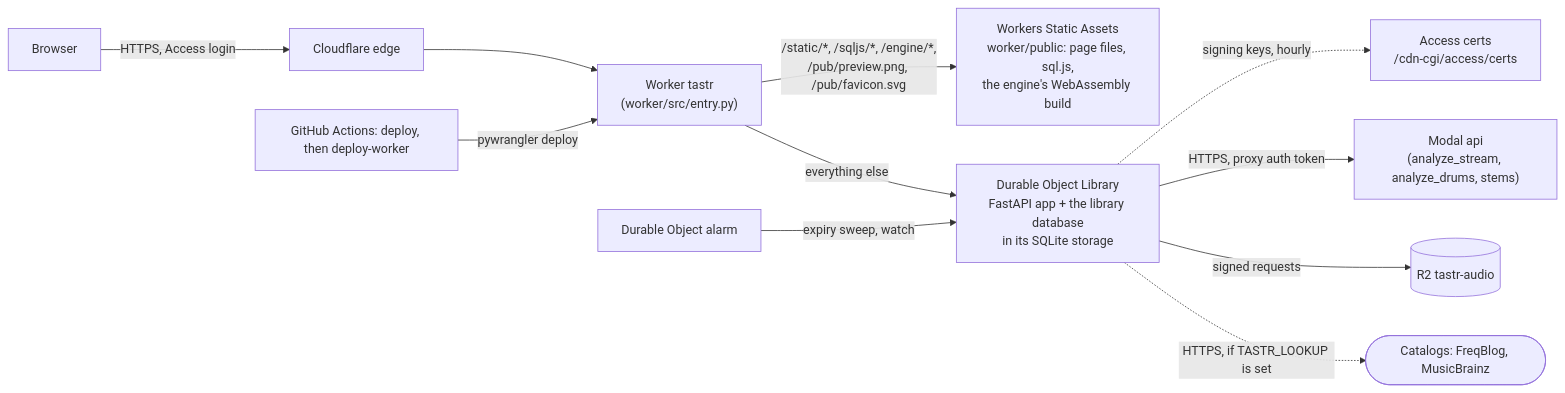
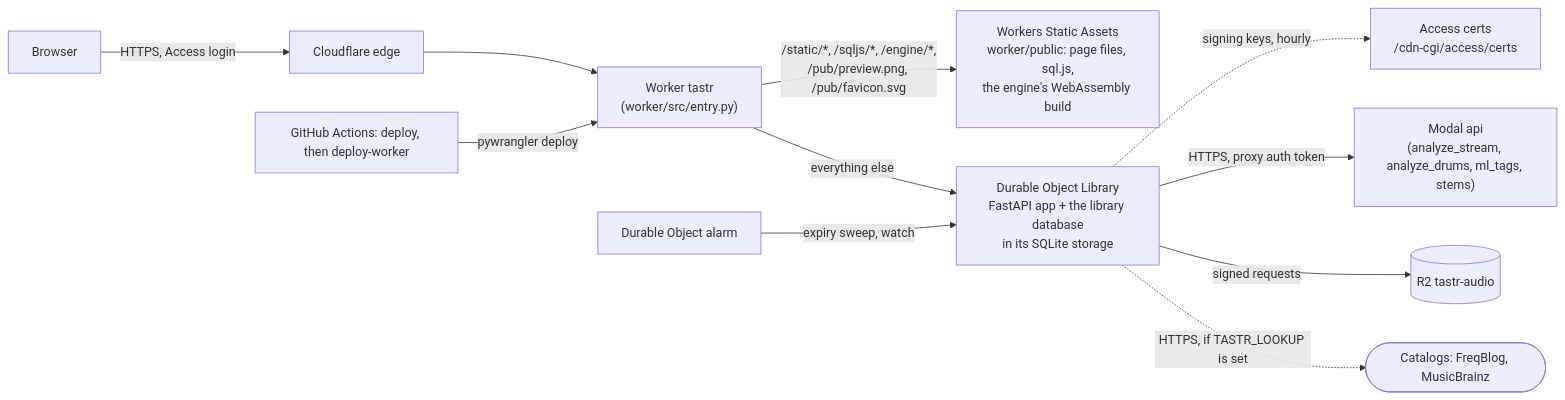
The third of 3 diagrams in docs/hosting-map.md (pocketIlmatto/tastr), drawn with Mermaid before and after one commit. The commit also changed other lines of this file and 22 other files, not shown here.

````diff
--- a/docs/hosting-map.md
+++ b/docs/hosting-map.md
@@ -311,13 +319,13 @@
 ```mermaid
 flowchart LR
     B[Browser] -->|HTTPS, Access login| CF[Cloudflare edge]
     CF --> W["Worker tastr<br/>(worker/src/entry.py)"]
     W -->|"/static/*, /sqljs/*, /engine/*,<br/>/pub/preview.png, /pub/favicon.svg"| SA["Workers Static Assets<br/>worker/public: page files, sql.js,<br/>the engine's WebAssembly build"]
     W -->|everything else| DO["Durable Object Library<br/>FastAPI app + the library database<br/>in its SQLite storage"]
     DO -.->|signing keys, hourly| AK[Access certs<br/>/cdn-cgi/access/certs]
     AL[Durable Object alarm] -->|expiry sweep, watch| DO
     GHD[GitHub Actions: deploy, then deploy-worker] -->|pywrangler deploy| W
-    DO -->|HTTPS, proxy auth token| MA["Modal api<br/>(analyze_stream, analyze_drums, stems)"]
+    DO -->|HTTPS, proxy auth token| MA["Modal api<br/>(analyze_stream, analyze_drums, ml_tags, stems)"]
     DO -->|signed requests| R2B[(R2 tastr-audio)]
     DO -.->|HTTPS, if TASTR_LOOKUP is set| CAT2([Catalogs: FreqBlog, MusicBrainz])
 ```
````
